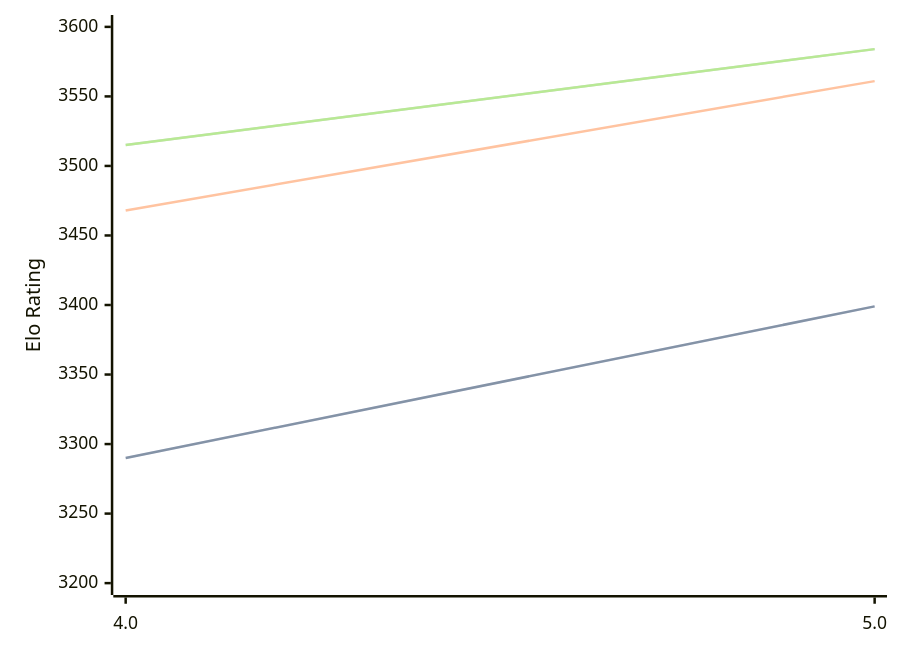
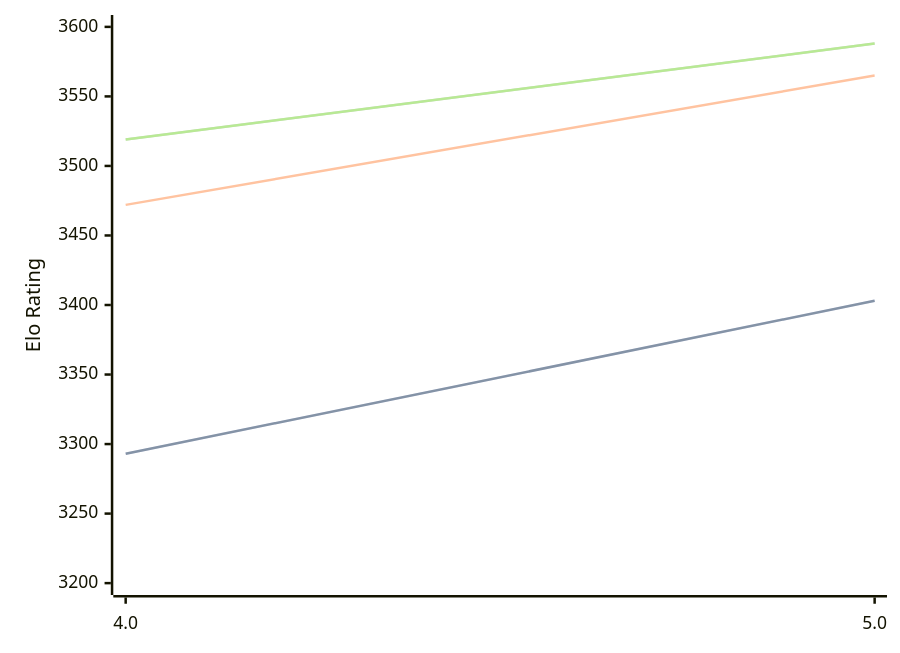
One commit to computer-chess-index/cci changed the diagram in engines/Tarnished.md. Above: the diagram before and after it, drawn with Mermaid. The commit also changed other lines of this file, not shown here.

Commit message:
Update CCI Ratings (ELO VLTC) - 2026-04-30

````diff
--- a/engines/Tarnished.md
+++ b/engines/Tarnished.md
@@ -36,11 +36,11 @@
 ```mermaid
 %%{init: {"theme":"base","themeVariables":{"seriesColors:['#a3a3a3','#222221','#faa371']}}}%%
 xychart-beta
   x-axis ["4.0", "5.0"]
   y-axis "Elo Rating" 3200 --> 3600
-  line "STC (8.0+0.08s)" [3290, 3399]
-  line "STC (8.0+0.08s)" [3290, 3399]
-  line "LTC (60.0+0.60s)" [3468, 3561]
-  line "VLTC (2m24s+1.12s)" [3515, 3584]
-  line "VLTC (2m24s+1.12s)" [3515, 3584]
+  line "STC (8.0+0.08s)" [3293, 3403]
+  line "STC (8.0+0.08s)" [3293, 3403]
+  line "LTC (60.0+0.60s)" [3472, 3565]
+  line "VLTC (2m24s+1.12s)" [3519, 3588]
+  line "VLTC (2m24s+1.12s)" [3519, 3588]
 ```
````
